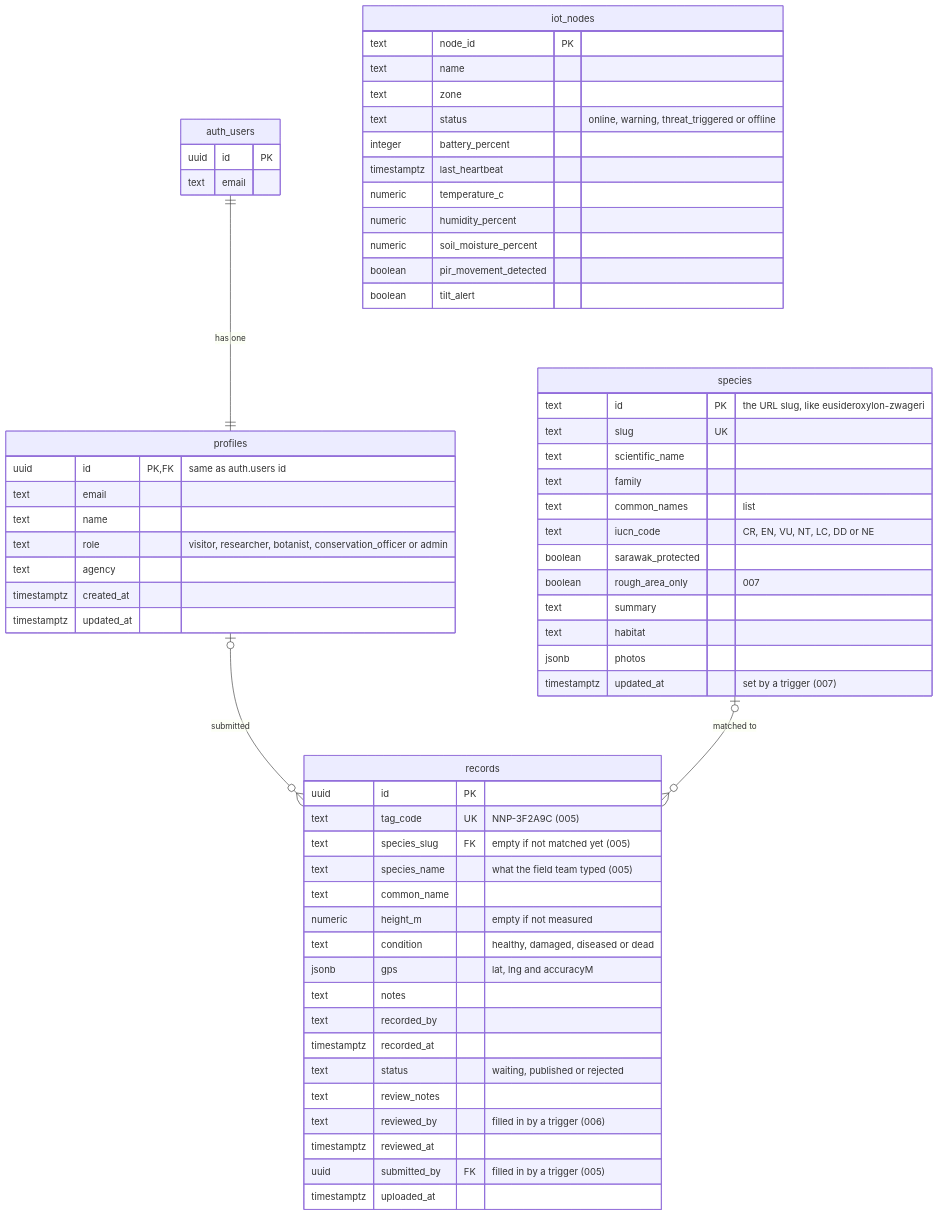
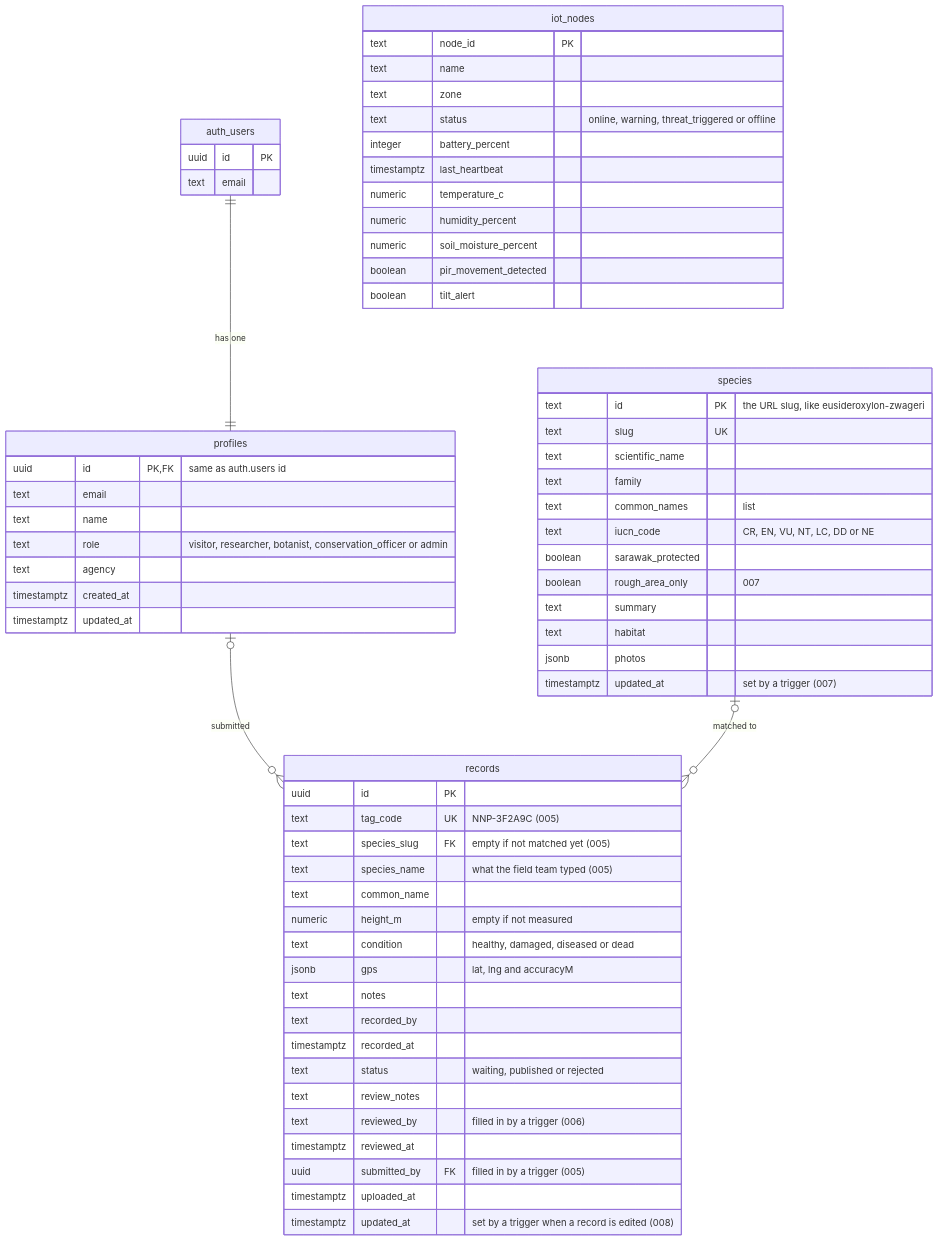
Before and after one commit to UmerNaseer2/niah-biodiversity-system: the second of 2 diagrams in docs/architecture/database-design.md, drawn with Mermaid. The commit also changed other lines of this file and 15 other files, not shown here.

````diff
--- a/docs/architecture/database-design.md
+++ b/docs/architecture/database-design.md
@@ -40,66 +40,67 @@
 ```mermaid
 erDiagram
   auth_users ||--|| profiles : "has one"
   profiles |o--o{ records : "submitted"
   species |o--o{ records : "matched to"
 
   auth_users {
     uuid id PK
     text email
   }
   profiles {
     uuid id PK, FK "same as auth.users id"
     text email
     text name
     text role "visitor, researcher, botanist, conservation_officer or admin"
     text agency
     timestamptz created_at
     timestamptz updated_at
   }
   species {
     text id PK "the URL slug, like eusideroxylon-zwageri"
     text slug UK
     text scientific_name
     text family
     text common_names "list"
     text iucn_code "CR, EN, VU, NT, LC, DD or NE"
     boolean sarawak_protected
     boolean rough_area_only "007"
     text summary
     text habitat
     jsonb photos
     timestamptz updated_at "set by a trigger (007)"
   }
   records {
     uuid id PK
     text tag_code UK "NNP-3F2A9C (005)"
     text species_slug FK "empty if not matched yet (005)"
     text species_name "what the field team typed (005)"
     text common_name
     numeric height_m "empty if not measured"
     text condition "healthy, damaged, diseased or dead"
     jsonb gps "lat, lng and accuracyM"
     text notes
     text recorded_by
     timestamptz recorded_at
     text status "waiting, published or rejected"
     text review_notes
     text reviewed_by "filled in by a trigger (006)"
     timestamptz reviewed_at
     uuid submitted_by FK "filled in by a trigger (005)"
     timestamptz uploaded_at
+    timestamptz updated_at "set by a trigger when a record is edited (008)"
   }
   iot_nodes {
     text node_id PK
     text name
     text zone
     text status "online, warning, threat_triggered or offline"
     integer battery_percent
     timestamptz last_heartbeat
     numeric temperature_c
     numeric humidity_percent
     numeric soil_moisture_percent
     boolean pir_movement_detected
     boolean tilt_alert
   }
 ```
````
